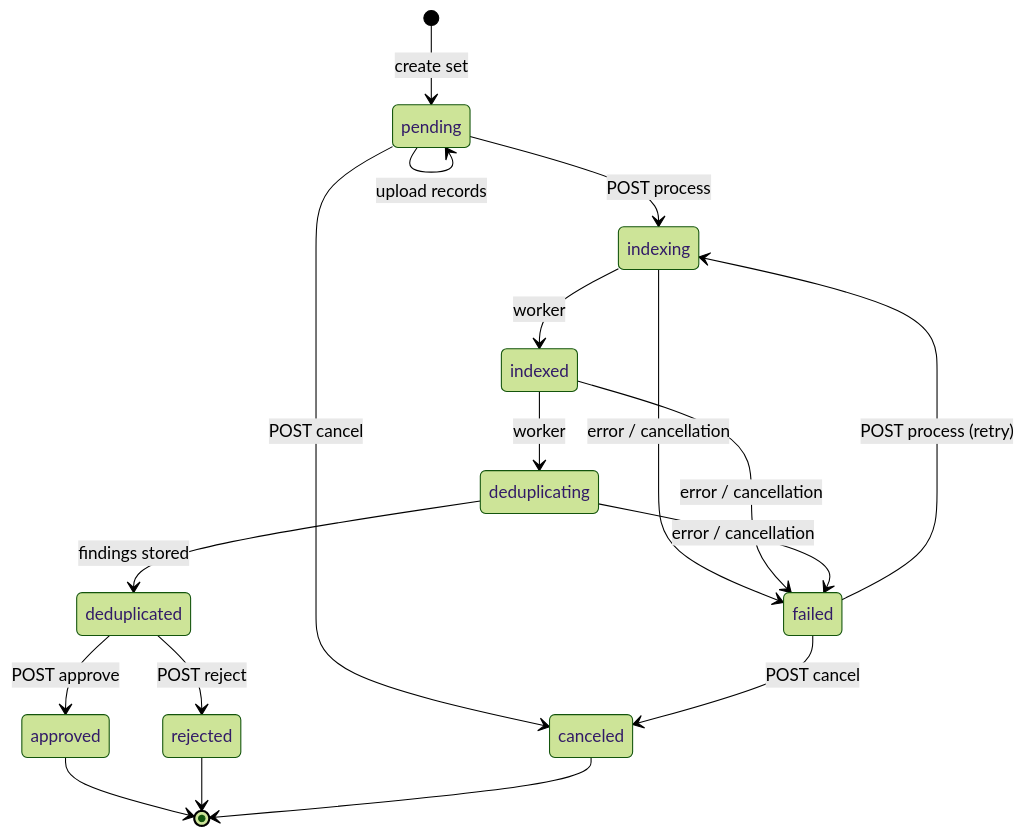
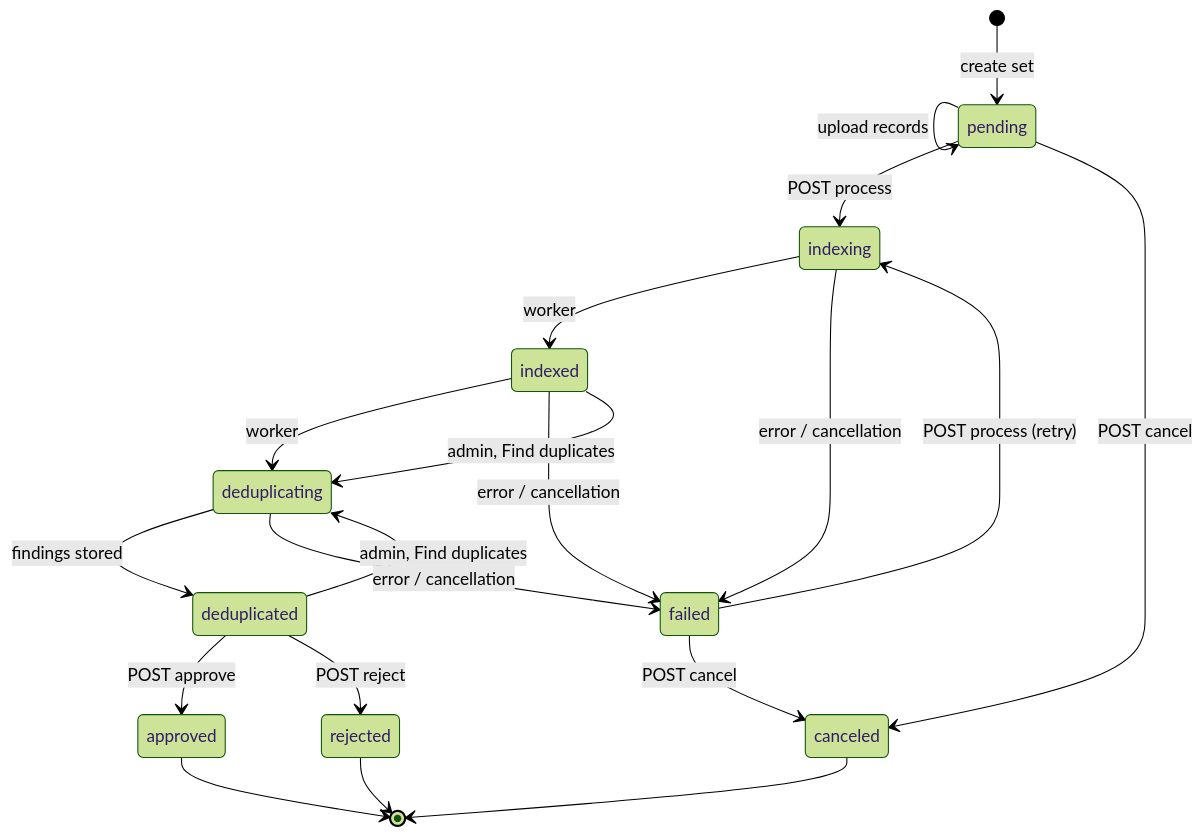
Before and after one commit to unicef/hope-dedup-engine: the diagram in docs/src/biographic/concepts/lifecycle.md, drawn with Mermaid (forest theme). The commit also changed other lines of this file and 28 other files, not shown here.

````diff
--- a/docs/src/biographic/concepts/lifecycle.md
+++ b/docs/src/biographic/concepts/lifecycle.md
@@ -7,20 +7,22 @@
 ```mermaid
 stateDiagram-v2
     [*] --> pending: create set
     pending --> pending: upload records
     pending --> indexing: POST process
     pending --> canceled: POST cancel
     indexing --> indexed: worker
     indexing --> failed: error / cancellation
     indexed --> deduplicating: worker
     indexed --> failed: error / cancellation
     deduplicating --> deduplicated: findings stored
     deduplicating --> failed: error / cancellation
     failed --> indexing: POST process (retry)
     failed --> canceled: POST cancel
+    indexed --> deduplicating: admin, Find duplicates
+    deduplicated --> deduplicating: admin, Find duplicates
     deduplicated --> approved: POST approve
     deduplicated --> rejected: POST reject
     approved --> [*]
     rejected --> [*]
     canceled --> [*]
 ```
````
